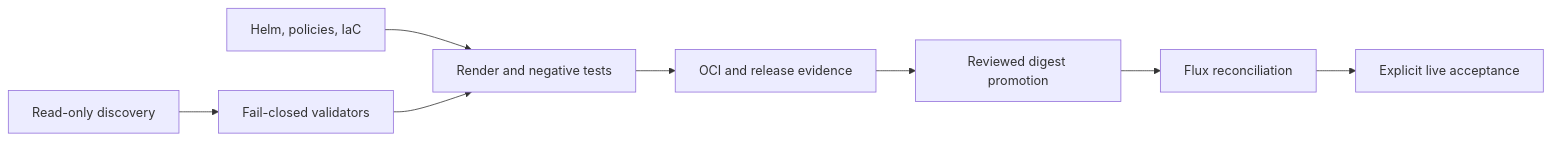
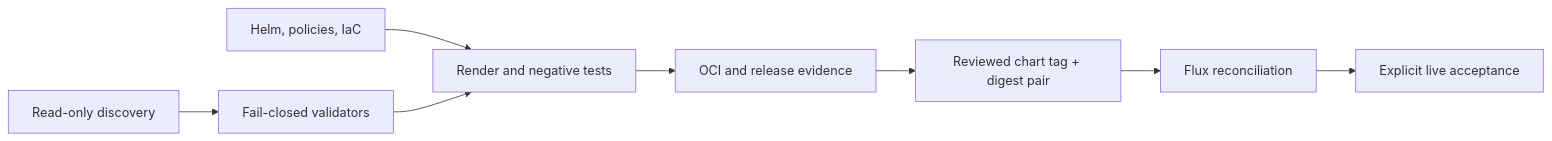
Before and after one commit to snaraj/website-infrastructure: the diagram in scripts/README.md, drawn with Mermaid. The commit also changed other lines of this file and 222 other files, not shown here.

````diff
--- a/scripts/README.md
+++ b/scripts/README.md
@@ -117,8 +123,8 @@
 ```mermaid
 flowchart LR
     D["Read-only discovery"] --> V["Fail-closed validators"]
     C["Helm, policies, IaC"] --> R["Render and negative tests"]
     V --> R --> O["OCI and release evidence"]
-    O --> P["Reviewed digest promotion"] --> G["Flux reconciliation"]
+    O --> P["Reviewed chart tag + digest pair"] --> G["Flux reconciliation"]
     G --> L["Explicit live acceptance"]
 ```
````
